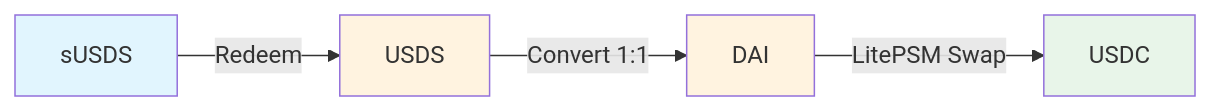
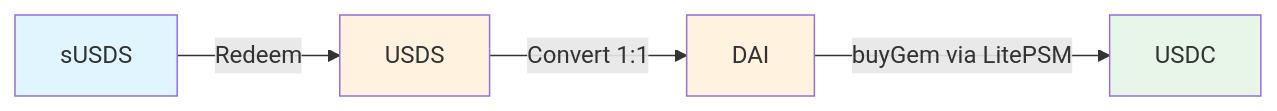
The first of 5 diagrams in README.md (amusingaxl/sky-utils), drawn with Mermaid before and after one commit. The commit also changed other lines of this file, not shown here.

First line of the commit message:
docs: fix diagram terminology for LitePSM interactions

````diff
--- a/README.md
+++ b/README.md
@@ -31,11 +31,11 @@
 ```mermaid
 graph LR
     A[sUSDS] -->|Redeem| B[USDS]
     B -->|Convert 1:1| C[DAI]
-    C -->|LitePSM Swap| D[USDC]
+    C -->|buyGem via LitePSM| D[USDC]
 
     style A fill:#e1f5fe
     style B fill:#fff3e0
     style C fill:#fff3e0
     style D fill:#e8f5e9
 ```
````
